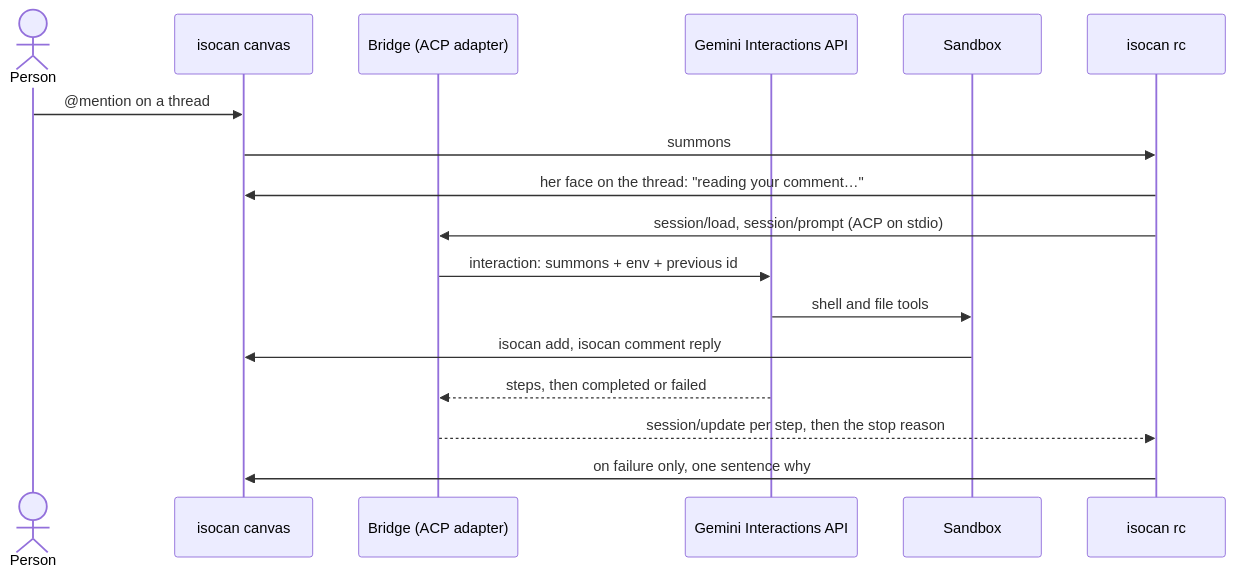
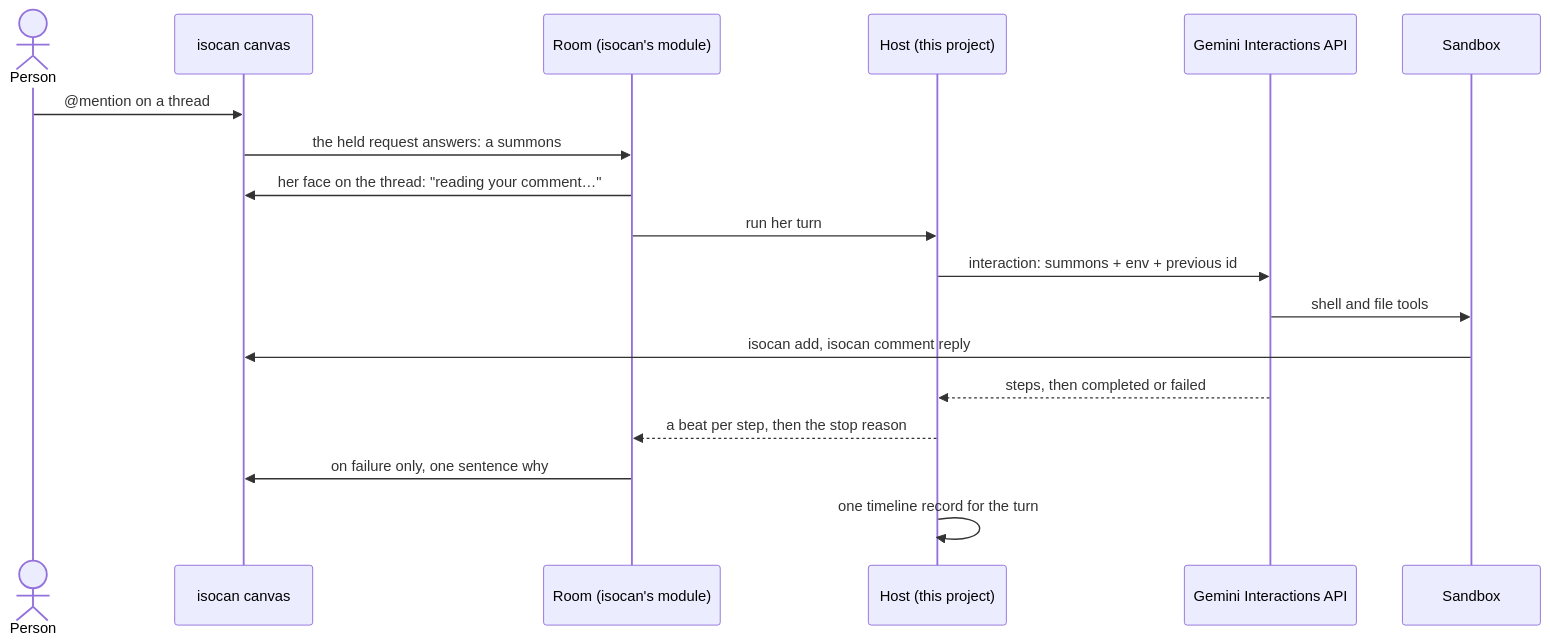
One commit to dglazkov/isocannery changed the diagram in docs/design.md. Above: the diagram before and after it, drawn with Mermaid. The commit also changed other lines of this file and 2 other files, not shown here.

First line of the commit message:
The design becomes agents.isocan.io: the service hosts isocan's room, the owner's key pays, and the instrument comes first

````diff
--- a/docs/design.md
+++ b/docs/design.md
@@ -69,19 +75,20 @@
 ```mermaid
 sequenceDiagram
     actor P as Person
     participant C as isocan canvas
-    participant B as Bridge (ACP adapter)
+    participant R as Room (isocan's module)
+    participant H as Host (this project)
     participant G as Gemini Interactions API
     participant S as Sandbox
-    participant R as isocan rc
     P->>C: @mention on a thread
-    C->>R: summons
+    C->>R: the held request answers: a summons
     R->>C: her face on the thread: "reading your comment…"
-    R->>B: session/load, session/prompt (ACP on stdio)
-    B->>G: interaction: summons + env + previous id
+    R->>H: run her turn
+    H->>G: interaction: summons + env + previous id
     G->>S: shell and file tools
     S->>C: isocan add, isocan comment reply
-    G-->>B: steps, then completed or failed
-    B-->>R: session/update per step, then the stop reason
+    G-->>H: steps, then completed or failed
+    H-->>R: a beat per step, then the stop reason
     R->>C: on failure only, one sentence why
+    H->>H: one timeline record for the turn
 ```
````
